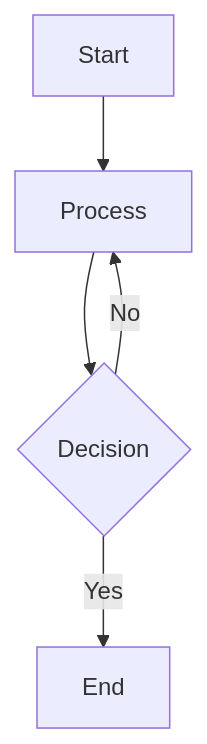
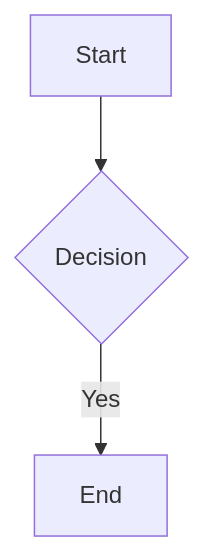
One commit to nakashima2toshio/gemini_grace_agent changed the diagram in GEMINI.md. Above: the diagram before and after it, drawn with Mermaid. The commit also changed other lines of this file and 20 other files, not shown here.

````diff
--- a/GEMINI.md
+++ b/GEMINI.md
@@ -98,7 +100,5 @@
         ```mermaid
         graph TD
-            A[Start] --> B[Process]
-            B --> C{Decision}
-            C -->|Yes| D[End]
-            C -->|No| B
+            A[Start] --> B{Decision}
+            B -->|Yes| C[End]
         ```
````
